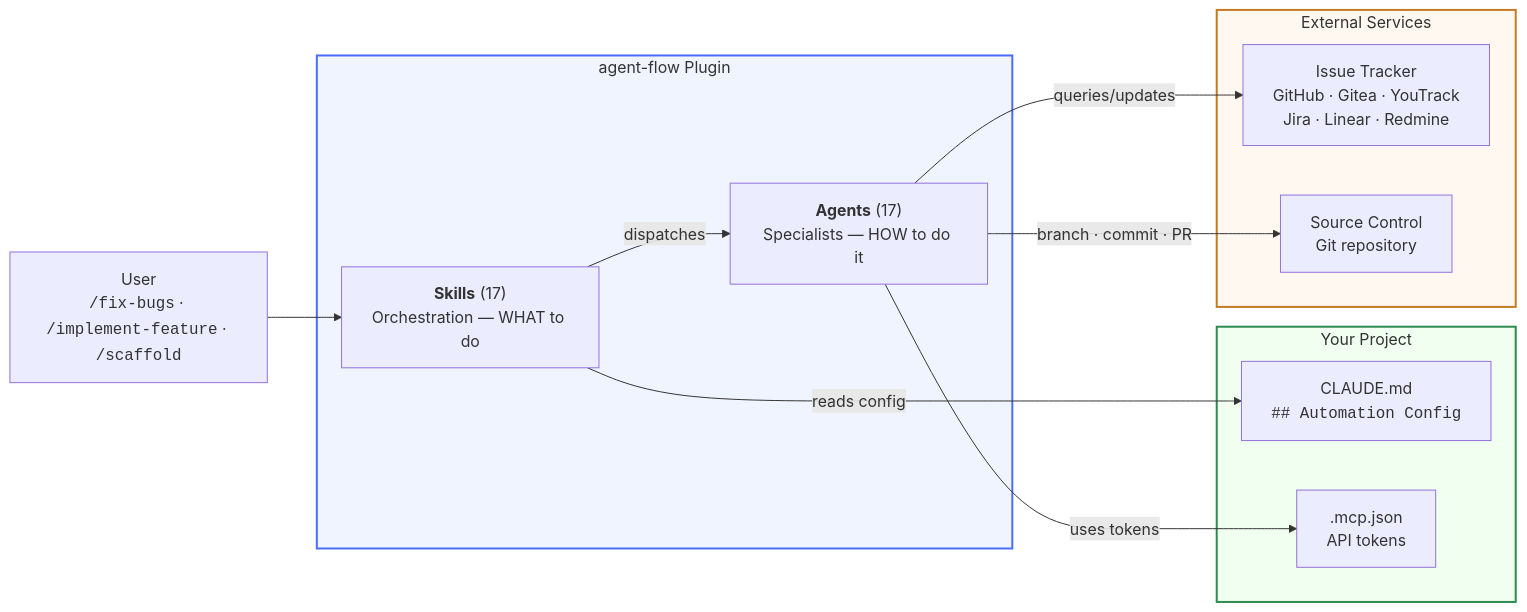
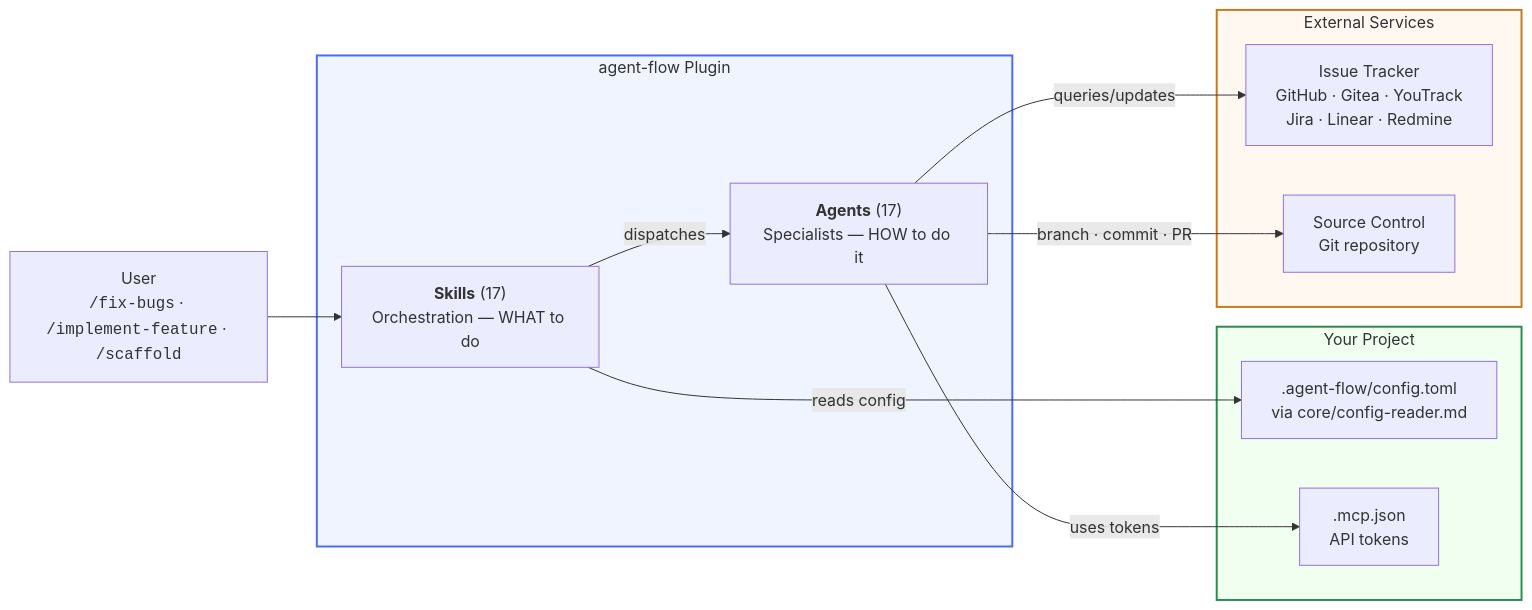
Before and after one commit to asysta-act/agent-flow: the first of 4 diagrams in README.md, drawn with Mermaid. The commit also changed other lines of this file and 94 other files, not shown here.

First line of the commit message:
wip(config-toml-migration): phase-7 execution checkpoint (T1-T18)

````diff
--- a/README.md
+++ b/README.md
@@ -7,30 +7,30 @@
 ```mermaid
 graph LR
     User["User<br/><code>/fix-bugs</code> · <code>/implement-feature</code> · <code>/scaffold</code>"]
 
     subgraph Plugin["agent-flow Plugin"]
         Skills["<b>Skills</b> (17)<br/>Orchestration — WHAT to do"]
         Agents["<b>Agents</b> (17)<br/>Specialists — HOW to do it"]
         Skills -->|dispatches| Agents
     end
 
     subgraph Project["Your Project"]
-        Config["CLAUDE.md<br/><code>## Automation Config</code>"]
+        Config[".agent-flow/config.toml<br/>via core/config-reader.md"]
         MCP[".mcp.json<br/>API tokens"]
     end
 
     subgraph External["External Services"]
         Tracker["Issue Tracker<br/>GitHub · Gitea · YouTrack<br/>Jira · Linear · Redmine"]
         SCM["Source Control<br/>Git repository"]
     end
 
     User --> Skills
     Skills -->|reads config| Config
     Agents -->|uses tokens| MCP
     Agents -->|queries/updates| Tracker
     Agents -->|branch · commit · PR| SCM
 
     style Plugin fill:#f0f4ff,stroke:#4a6cf7,stroke-width:2px
     style Project fill:#f0fff0,stroke:#2d8a4e,stroke-width:2px
     style External fill:#fff8f0,stroke:#c47a20,stroke-width:2px
 ```
````
